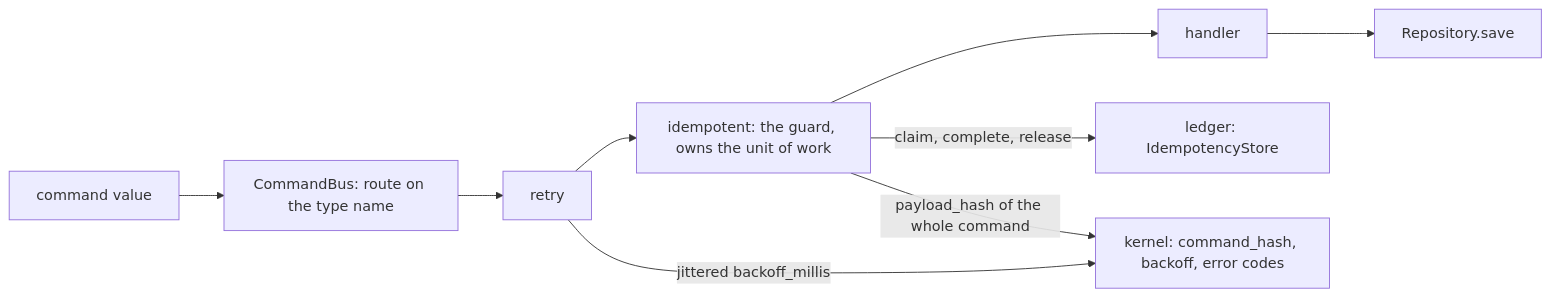
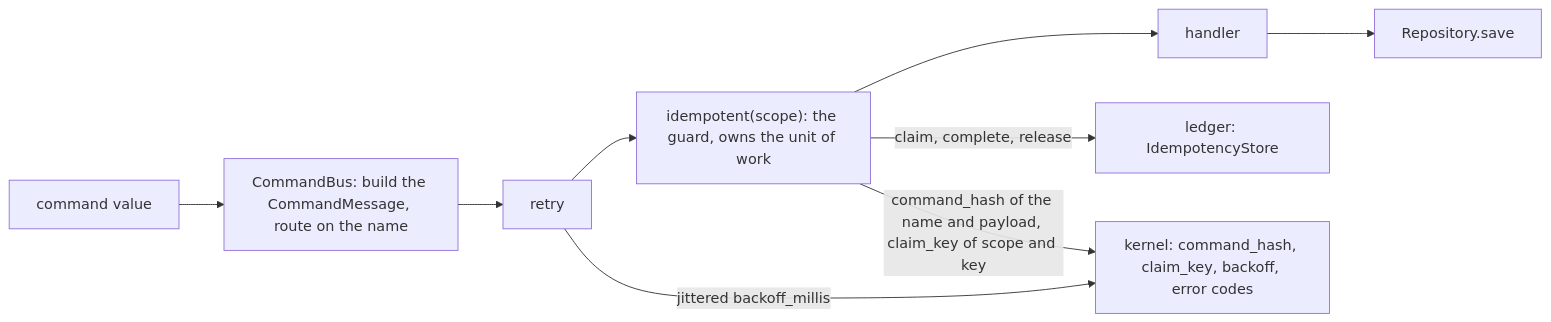
One commit to haskian/edax changed the first of 3 diagrams in docs/sdk/commands.md. Above: the diagram before and after it, drawn with Mermaid. The commit also changed other lines of this file and 175 other files, not shown here.

````diff
--- a/docs/sdk/commands.md
+++ b/docs/sdk/commands.md
@@ -12,11 +12,11 @@
 ```mermaid
 flowchart LR
-    Cmd["command value"] --> Bus["CommandBus: route on the type name"]
+    Cmd["command value"] --> Bus["CommandBus: build the CommandMessage, route on the name"]
     Bus --> Retry["retry"]
-    Retry --> Guard["idempotent: the guard, owns the unit of work"]
+    Retry --> Guard["idempotent(scope): the guard, owns the unit of work"]
     Guard --> Handler["handler"]
     Handler --> Repo["Repository.save"]
     Guard -- "claim, complete, release" --> Ledger["ledger: IdempotencyStore"]
-    Guard -- "payload_hash of the whole command" --> Kernel["kernel: command_hash, backoff, error codes"]
+    Guard -- "command_hash of the name and payload, claim_key of scope and key" --> Kernel["kernel: command_hash, claim_key, backoff, error codes"]
     Retry -- "jittered backoff_millis" --> Kernel
 ```
````
